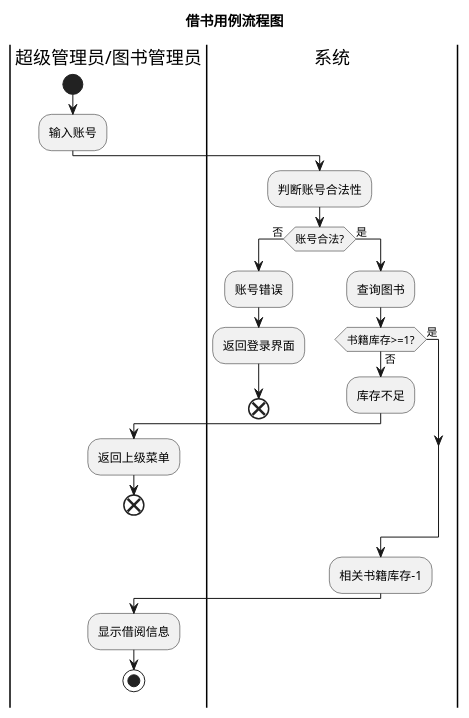
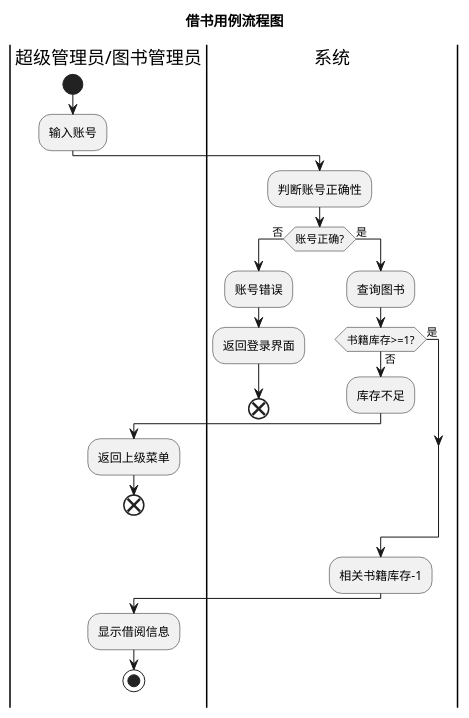
One commit to Landy7/is_analysis changed the diagram in test2/usecase4.md. Above: the diagram before and after it, drawn with PlantUML. The commit also changed 30 other files, not shown here.

```diff
--- a/test2/usecase4.md
+++ b/test2/usecase4.md
@@ -1,28 +1,28 @@
 @startuml 
 title:借书用例流程图
 |超级管理员/图书管理员|
 start
 :输入账号;
 	|系统|
-    :判断账号合法性;
-if(账号合法?) then (否)
+    :判断账号正确性;
+if(账号正确?) then (否)
 |系统|
 :账号错误;
 :返回登录界面;
 end
 else(是)
 :查询图书;
 |系统|
 if (书籍库存>=1?) then(否)
 :库存不足;
 |超级管理员/图书管理员|
 :返回上级菜单;
 end
 else(是)
 endif
 |系统|
 :相关书籍库存-1;
 |超级管理员/图书管理员|
 :显示借阅信息;
 stop
 @enduml
```
